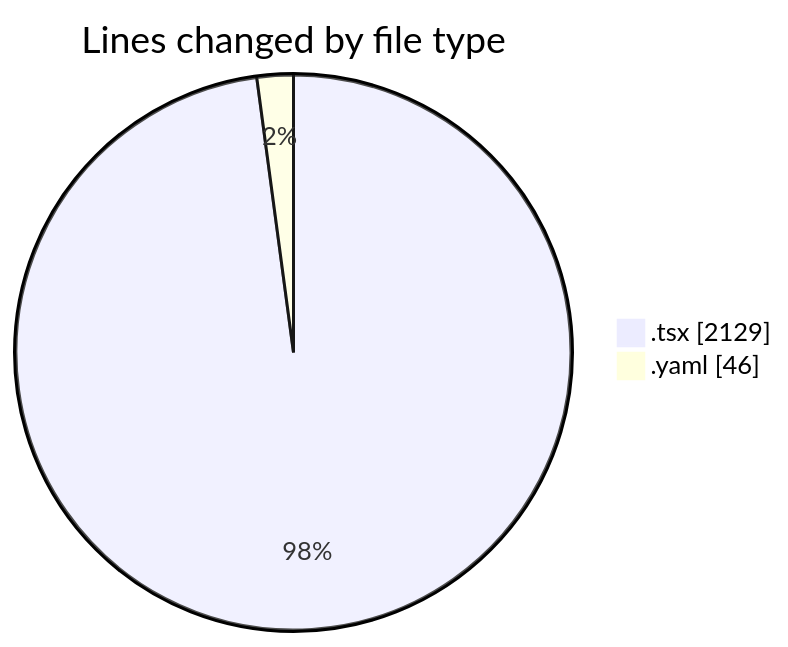
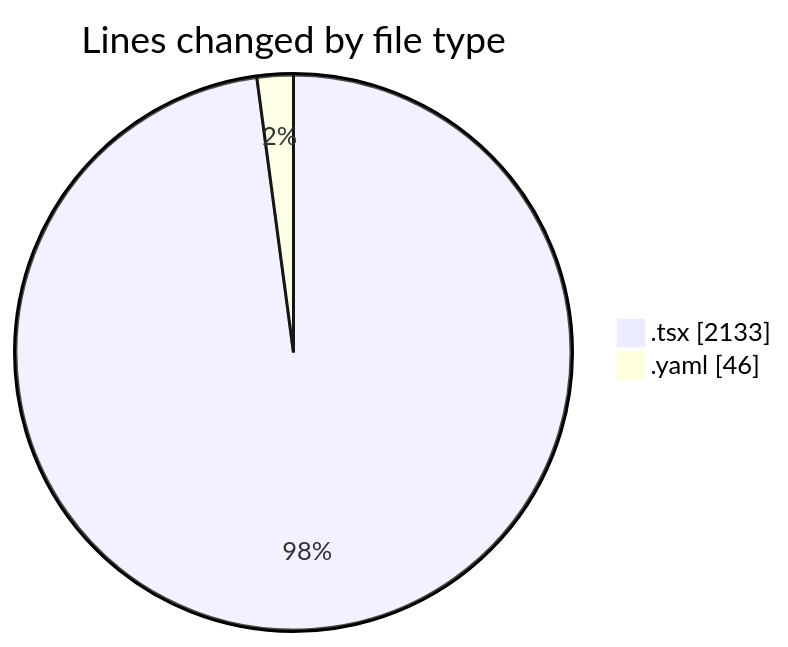
Before and after one commit to momahboobian/code-tracking: the first of 2 diagrams in 2025-11-20/cda/README.md, drawn with Mermaid. The commit also changed other lines of this file and 1 other file, not shown here.

````diff
--- a/2025-11-20/cda/README.md
+++ b/2025-11-20/cda/README.md
@@ -30,6 +30,6 @@
 ```mermaid
 pie showData
 title Lines changed by file type
-".tsx" : 2129
+".tsx" : 2133
 ".yaml" : 46
 ```
````
